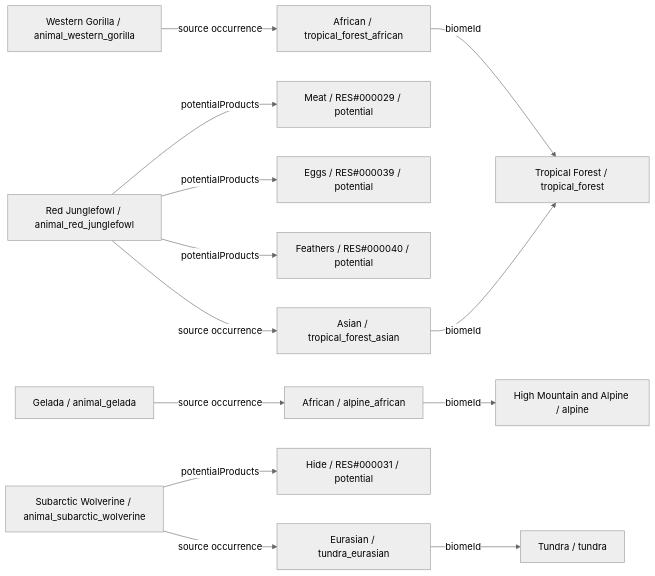
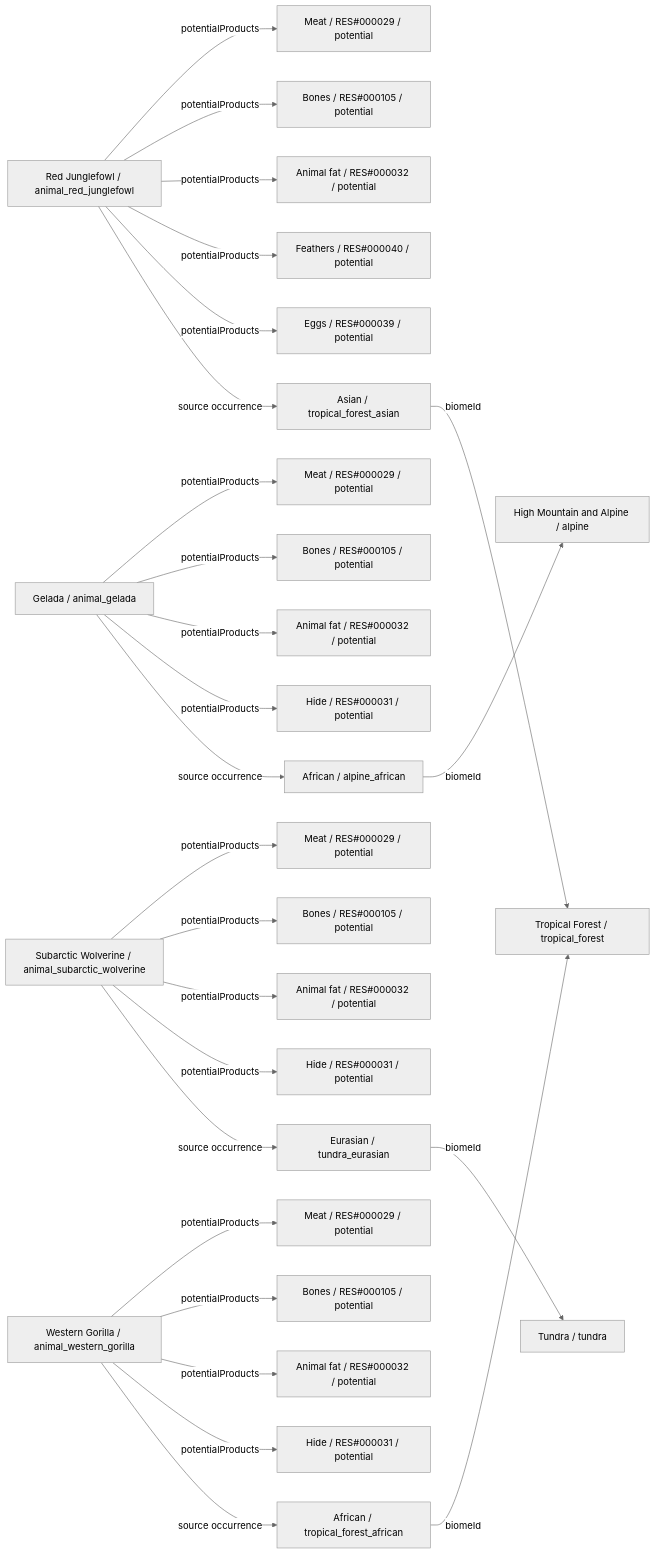
Diagram 11 of 26 in data/animals/DIAGRAMS.md (fgabo404/EvolveDoc), drawn with Mermaid (neutral theme) before and after one commit. The commit also changed other lines of this file and 44 other files, not shown here.

````diff
--- a/data/animals/DIAGRAMS.md
+++ b/data/animals/DIAGRAMS.md
@@ -598,30 +826,56 @@
 ```mermaid
 flowchart LR
     c0["Red Junglefowl / animal_red_junglefowl"]
     v2["Asian / tropical_forest_asian"]
     b0["Tropical Forest / tropical_forest"]
     o0_0["Meat / RES#000029 / potential"]
-    o0_1["Eggs / RES#000039 / potential"]
-    o0_2["Feathers / RES#000040 / potential"]
+    o0_1["Bones / RES#000105 / potential"]
+    o0_2["Animal fat / RES#000032 / potential"]
+    o0_3["Feathers / RES#000040 / potential"]
+    o0_4["Eggs / RES#000039 / potential"]
     c1["Gelada / animal_gelada"]
     v26["African / alpine_african"]
     b6["High Mountain and Alpine / alpine"]
+    o1_0["Meat / RES#000029 / potential"]
+    o1_1["Bones / RES#000105 / potential"]
+    o1_2["Animal fat / RES#000032 / potential"]
+    o1_3["Hide / RES#000031 / potential"]
     c2["Subarctic Wolverine / animal_subarctic_wolverine"]
     v9["Eurasian / tundra_eurasian"]
     b2["Tundra / tundra"]
-    o2_0["Hide / RES#000031 / potential"]
+    o2_0["Meat / RES#000029 / potential"]
+    o2_1["Bones / RES#000105 / potential"]
+    o2_2["Animal fat / RES#000032 / potential"]
+    o2_3["Hide / RES#000031 / potential"]
     c3["Western Gorilla / animal_western_gorilla"]
     v1["African / tropical_forest_african"]
+    o3_0["Meat / RES#000029 / potential"]
+    o3_1["Bones / RES#000105 / potential"]
+    o3_2["Animal fat / RES#000032 / potential"]
+    o3_3["Hide / RES#000031 / potential"]
     c0 -->|potentialProducts| o0_0
     c0 -->|potentialProducts| o0_1
     c0 -->|potentialProducts| o0_2
+    c0 -->|potentialProducts| o0_3
+    c0 -->|potentialProducts| o0_4
     c0 -->|source occurrence| v2
+    c1 -->|potentialProducts| o1_0
+    c1 -->|potentialProducts| o1_1
+    c1 -->|potentialProducts| o1_2
+    c1 -->|potentialProducts| o1_3
     c1 -->|source occurrence| v26
     c2 -->|potentialProducts| o2_0
+    c2 -->|potentialProducts| o2_1
+    c2 -->|potentialProducts| o2_2
+    c2 -->|potentialProducts| o2_3
     c2 -->|source occurrence| v9
+    c3 -->|potentialProducts| o3_0
+    c3 -->|potentialProducts| o3_1
+    c3 -->|potentialProducts| o3_2
+    c3 -->|potentialProducts| o3_3
     c3 -->|source occurrence| v1
     v1 -->|biomeId| b0
     v2 -->|biomeId| b0
     v26 -->|biomeId| b6
     v9 -->|biomeId| b2
 ```
````
